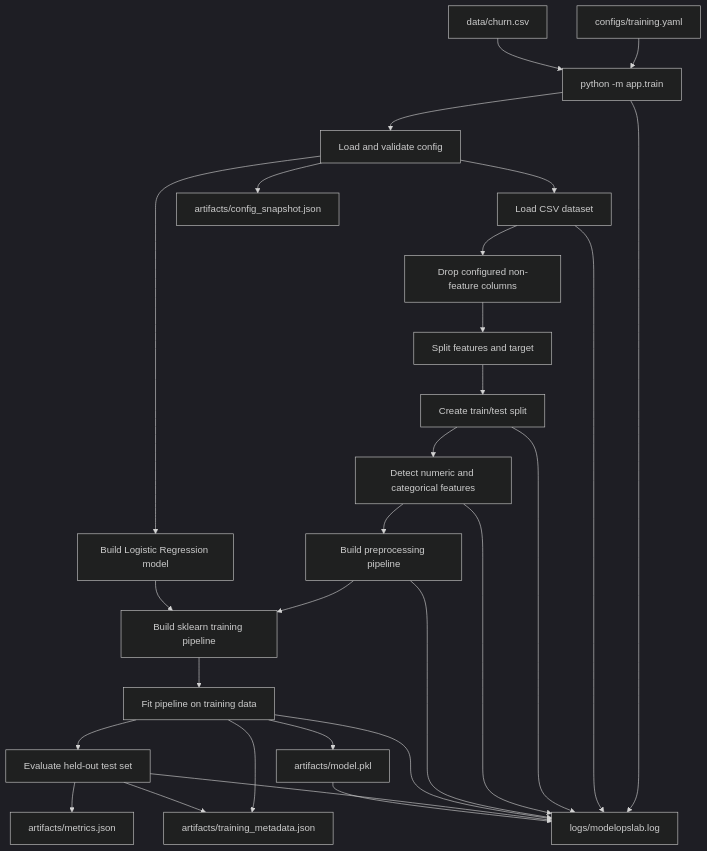
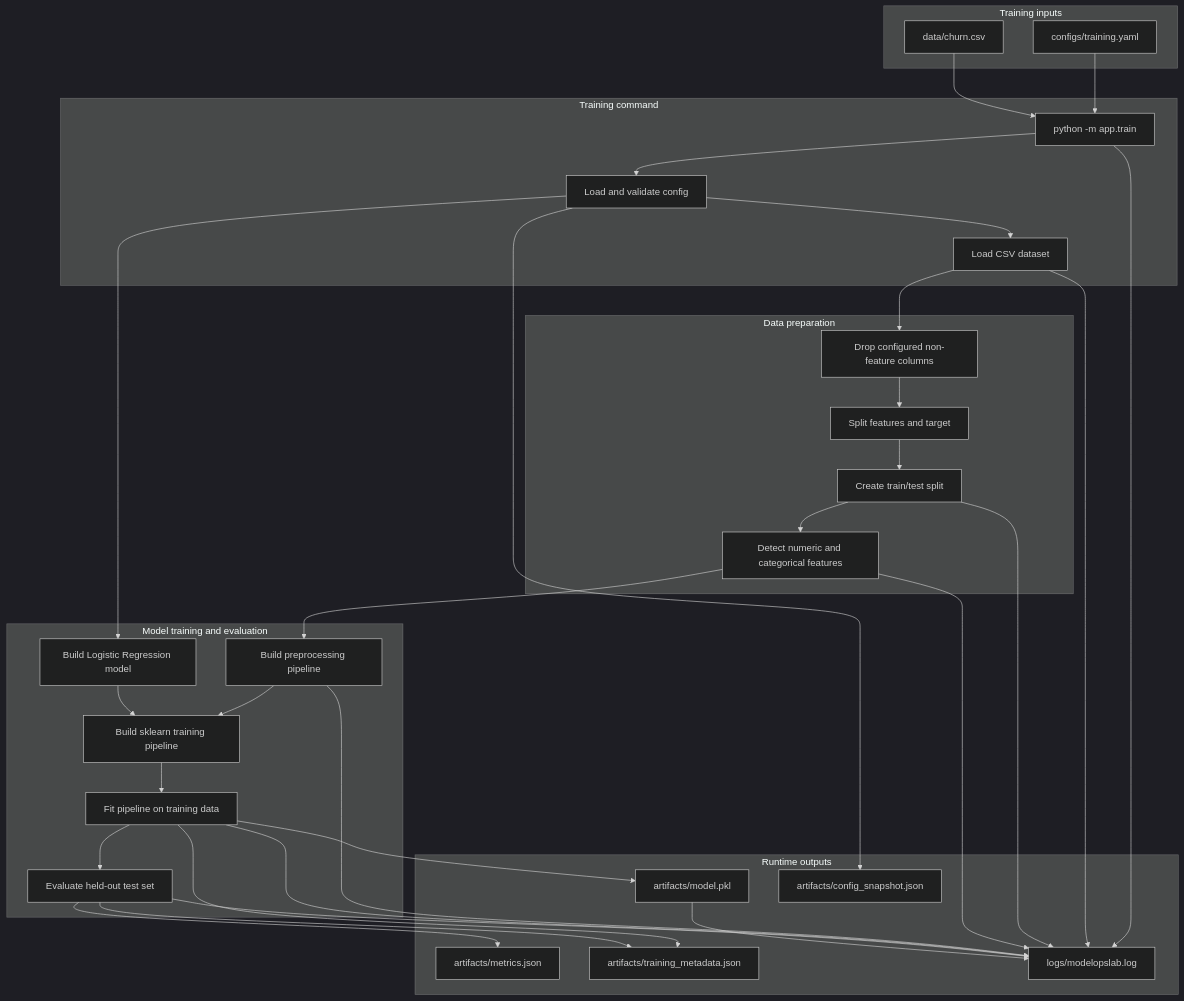
Before and after one commit to git4alauddin/model-ops-lab: the diagram in docs/diagrams/v1_pipeline_flow.md, drawn with Mermaid (dark theme). The commit also changed 9 other files, not shown here.

Commit message:
docs: standardize version mermaid diagrams

````diff
--- a/docs/diagrams/v1_pipeline_flow.md
+++ b/docs/diagrams/v1_pipeline_flow.md
@@ -7,56 +7,67 @@
 ```mermaid
 flowchart TD
-    config["configs/training.yaml"]
-    dataset["data/churn.csv"]
+    subgraph inputs["Training inputs"]
+        config["configs/training.yaml"]
+        dataset["data/churn.csv"]
+    end
 
-    command["python -m app.train"]
+    subgraph command_layer["Training command"]
+        command["python -m app.train"]
+        load_config["Load and validate config"]
+        load_data["Load CSV dataset"]
+    end
 
-    load_config["Load and validate config"]
-    load_data["Load CSV dataset"]
-    drop_cols["Drop configured non-feature columns"]
-    split_target["Split features and target"]
-    split_train["Create train/test split"]
-    feature_types["Detect numeric and categorical features"]
-    preprocessing["Build preprocessing pipeline"]
-    model["Build Logistic Regression model"]
-    pipeline["Build sklearn training pipeline"]
-    fit["Fit pipeline on training data"]
-    evaluate["Evaluate held-out test set"]
+    subgraph data_preparation["Data preparation"]
+        drop_cols["Drop configured non-feature columns"]
+        split_target["Split features and target"]
+        split_train["Create train/test split"]
+        feature_types["Detect numeric and categorical features"]
+    end
 
-    model_file["artifacts/model.pkl"]
-    metrics_file["artifacts/metrics.json"]
-    config_snapshot["artifacts/config_snapshot.json"]
-    metadata_file["artifacts/training_metadata.json"]
-    logs["logs/modelopslab.log"]
+    subgraph model_training["Model training and evaluation"]
+        preprocessing["Build preprocessing pipeline"]
+        model["Build Logistic Regression model"]
+        pipeline["Build sklearn training pipeline"]
+        fit["Fit pipeline on training data"]
+        evaluate["Evaluate held-out test set"]
+    end
+
+    subgraph runtime_outputs["Runtime outputs"]
+        model_file["artifacts/model.pkl"]
+        metrics_file["artifacts/metrics.json"]
+        config_snapshot["artifacts/config_snapshot.json"]
+        metadata_file["artifacts/training_metadata.json"]
+        logs["logs/modelopslab.log"]
+    end
 
     config --> command
     dataset --> command
 
     command --> load_config
     load_config --> load_data
     load_data --> drop_cols
     drop_cols --> split_target
     split_target --> split_train
     split_train --> feature_types
     feature_types --> preprocessing
     preprocessing --> pipeline
     model --> pipeline
     load_config --> model
     pipeline --> fit
     fit --> evaluate
 
     fit --> model_file
     evaluate --> metrics_file
     load_config --> config_snapshot
     fit --> metadata_file
     evaluate --> metadata_file
 
     command --> logs
     load_data --> logs
     split_train --> logs
     feature_types --> logs
     preprocessing --> logs
     fit --> logs
     evaluate --> logs
     model_file --> logs
 ```
````
